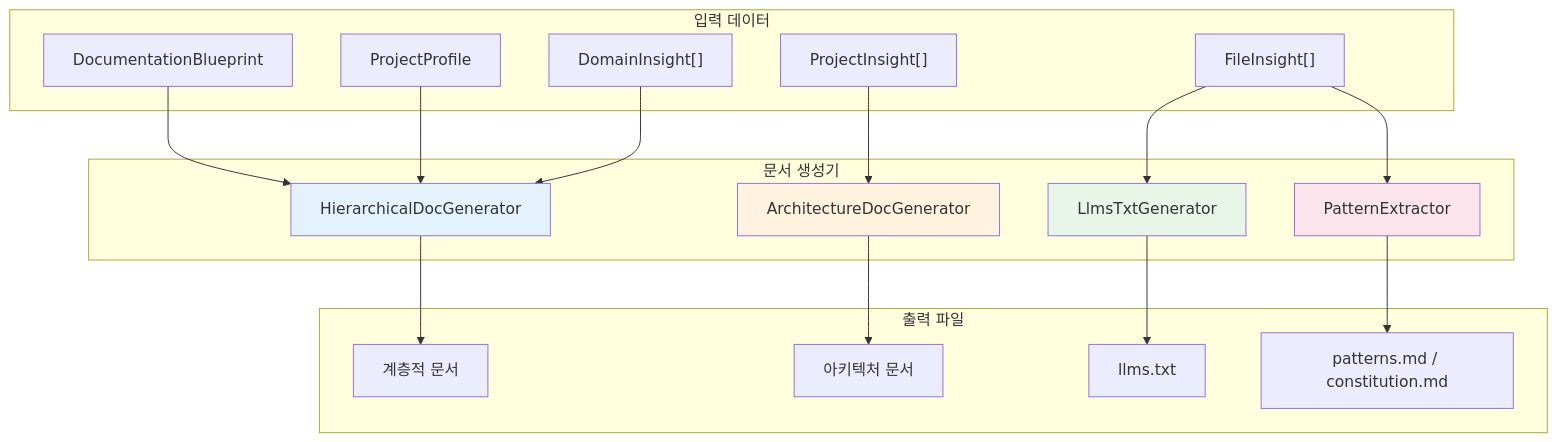
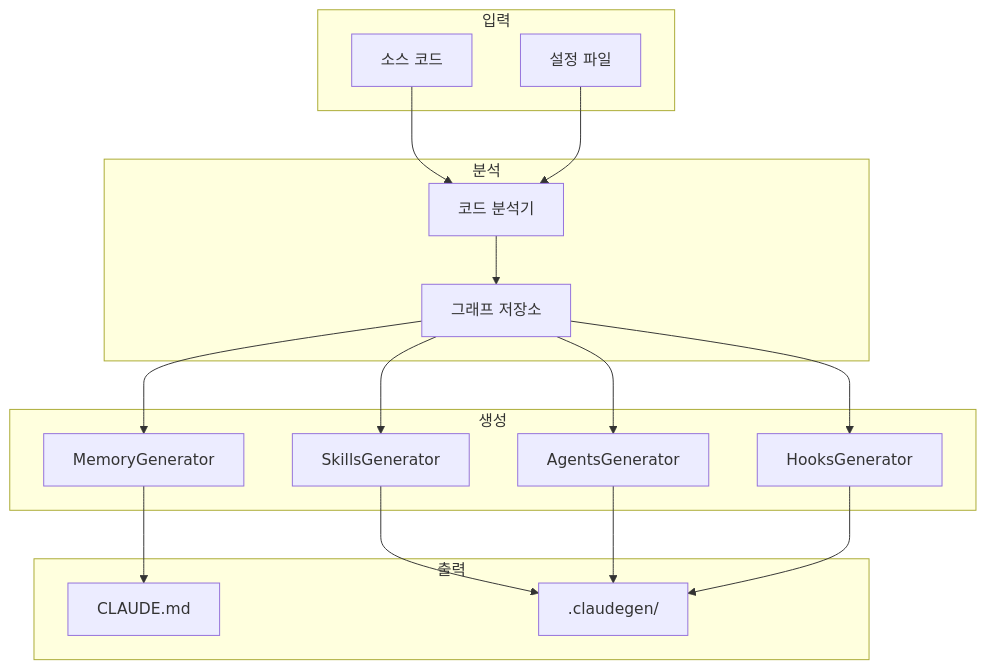
The diagram in ARCHITECTURE.md (junyeong-ai/weavewiki), drawn with Mermaid before and after one commit. The commit also changed other lines of this file and 202 other files, not shown here.

````diff
--- a/ARCHITECTURE.md
+++ b/ARCHITECTURE.md
@@ -463,41 +11,36 @@
 ```mermaid
 flowchart TB
-    subgraph Input["입력 데이터"]
-        BP[DocumentationBlueprint]
-        PP[ProjectProfile]
-        DI["DomainInsight[]"]
-        PI["ProjectInsight[]"]
-        FI["FileInsight[]"]
+    subgraph Input["입력"]
+        SC[소스 코드]
+        CFG[설정 파일]
     end
 
-    subgraph Generators["문서 생성기"]
-        HG[HierarchicalDocGenerator]
-        AG[ArchitectureDocGenerator]
-        LG[LlmsTxtGenerator]
-        PG[PatternExtractor]
+    subgraph Analysis["분석"]
+        AN[코드 분석기]
+        GS[그래프 저장소]
     end
 
-    subgraph Output["출력 파일"]
-        H1[계층적 문서]
-        H2[아키텍처 문서]
-        H3[llms.txt]
-        H4[patterns.md / constitution.md]
+    subgraph Generation["생성"]
+        MG[MemoryGenerator]
+        SG[SkillsGenerator]
+        AG[AgentsGenerator]
+        HG[HooksGenerator]
     end
 
-    BP --> HG
-    PP --> HG
-    DI --> HG
-    PI --> AG
-    FI --> LG
-    FI --> PG
+    subgraph Output["출력"]
+        CM[CLAUDE.md]
+        PD[.claudegen/]
+    end
 
-    HG --> H1
-    AG --> H2
-    LG --> H3
-    PG --> H4
-
-    style HG fill:#e3f2fd
-    style AG fill:#fff3e0
-    style LG fill:#e8f5e9
-    style PG fill:#fce4ec
+    SC --> AN
+    CFG --> AN
+    AN --> GS
+    GS --> MG
+    GS --> SG
+    GS --> AG
+    GS --> HG
+    MG --> CM
+    SG --> PD
+    AG --> PD
+    HG --> PD
 ```
````
